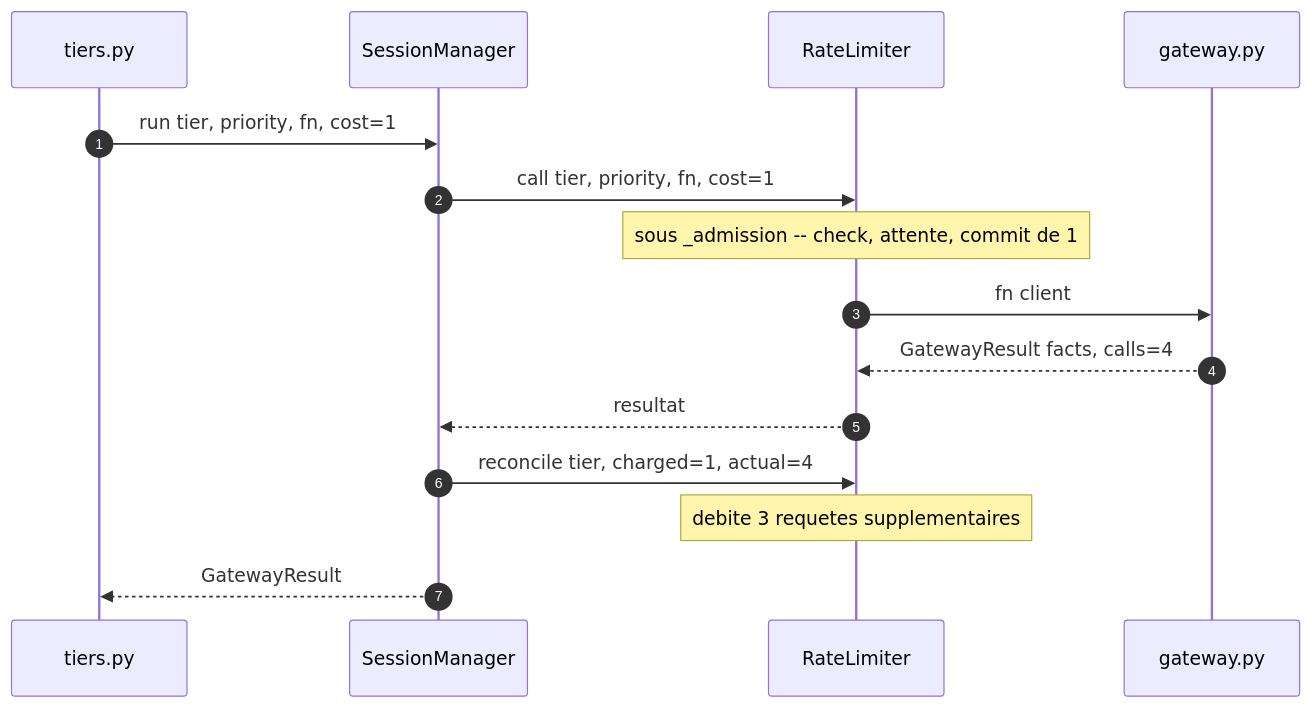
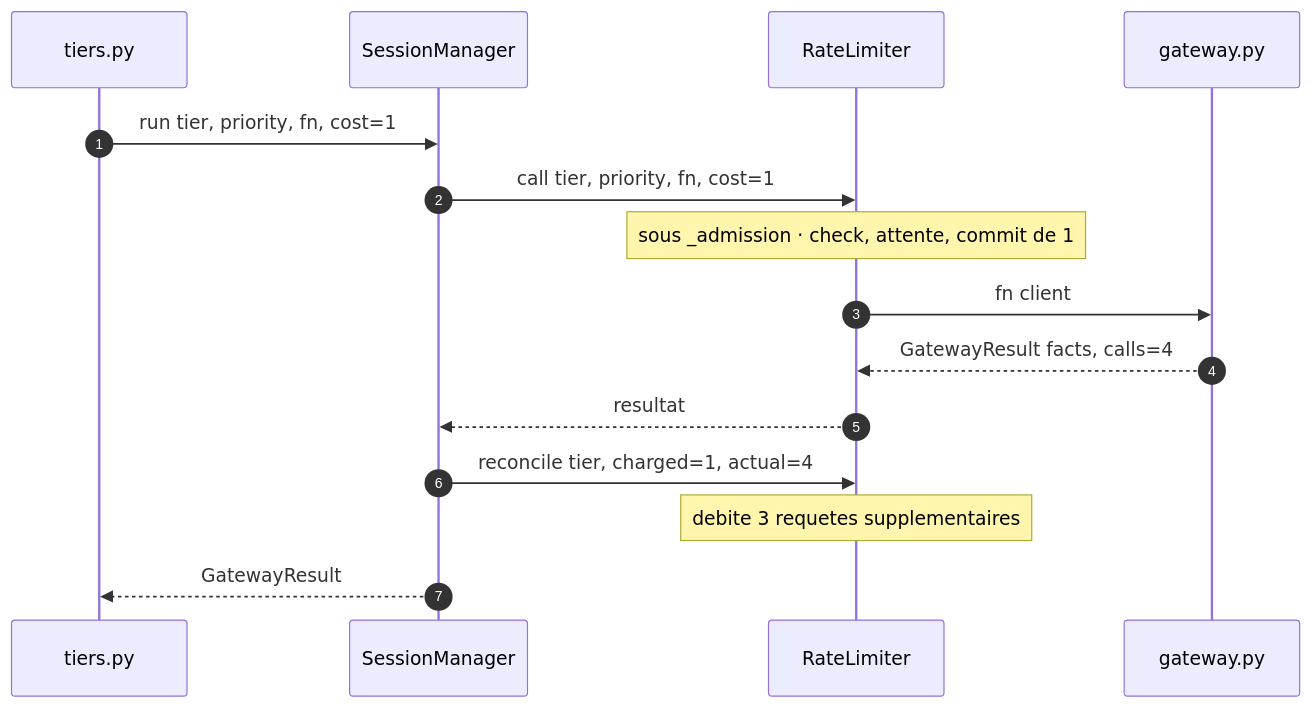
Before and after one commit to FiveElements/ha-pronote-ng: the second of 6 diagrams in docs/ARCHITECTURE.md, drawn with Mermaid. The commit also changed other lines of this file and 2 other files, not shown here.

````diff
--- a/docs/ARCHITECTURE.md
+++ b/docs/ARCHITECTURE.md
@@ -439,18 +439,18 @@
 ```mermaid
 sequenceDiagram
     autonumber
     participant T as tiers.py
     participant S as SessionManager
     participant L as RateLimiter
     participant G as gateway.py
 
     T->>S: run tier, priority, fn, cost=1
     S->>L: call tier, priority, fn, cost=1
-    Note over L: sous _admission -- check, attente, commit de 1
+    Note over L: sous _admission · check, attente, commit de 1
     L->>G: fn client
     G-->>L: GatewayResult facts, calls=4
     L-->>S: resultat
     S->>L: reconcile tier, charged=1, actual=4
     Note over L: debite 3 requetes supplementaires
     S-->>T: GatewayResult
 ```
````
